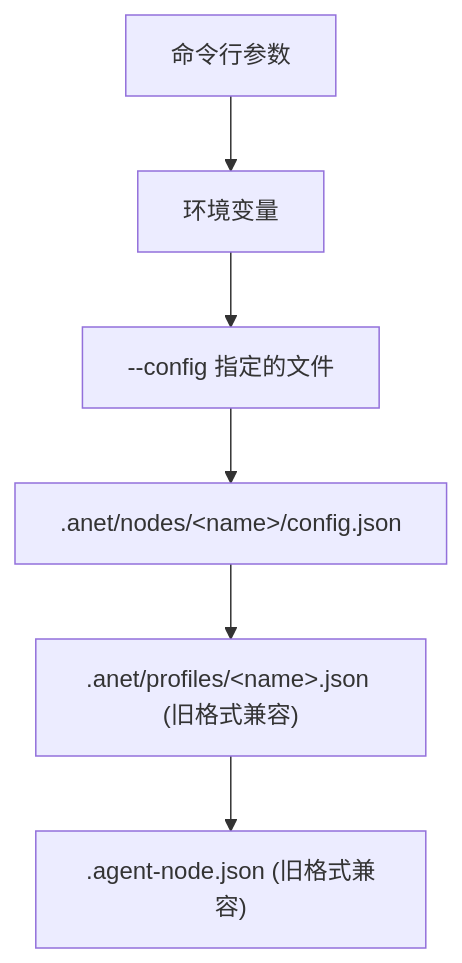
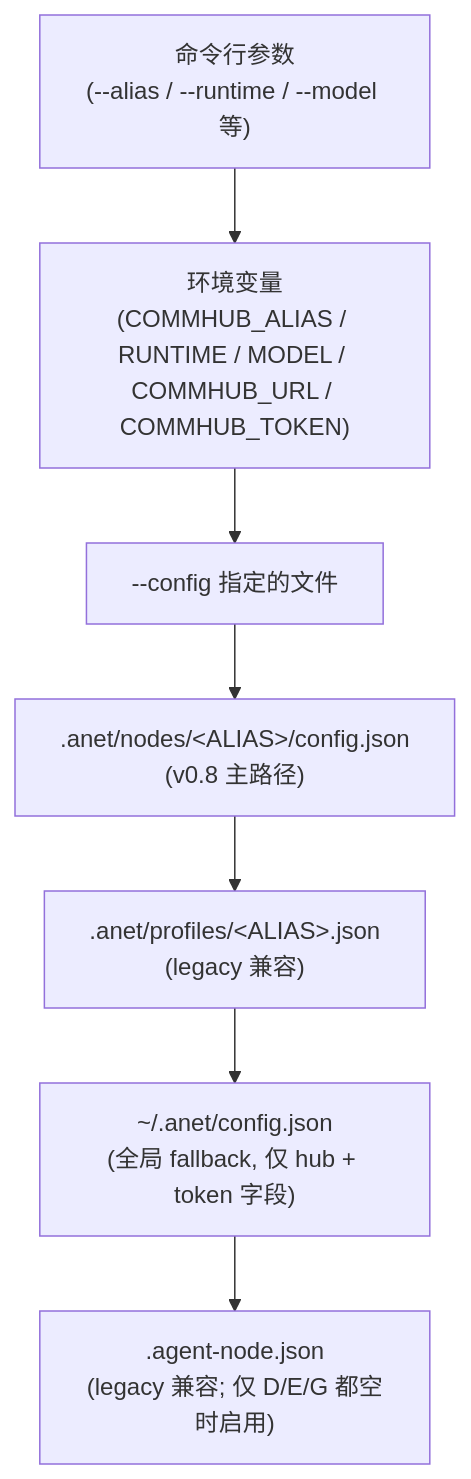
One commit to sleep2agi/agent-network changed the first of 2 diagrams in docs-site/docs/guide/agent-node.md. Above: the diagram before and after it, drawn with Mermaid. The commit also changed other lines of this file and 1 other file, not shown here.

````diff
--- a/docs-site/docs/guide/agent-node.md
+++ b/docs-site/docs/guide/agent-node.md
@@ -190,8 +190,9 @@
 ```mermaid
 flowchart TD
-    A["命令行参数"] --> B["环境变量"]
+    A["命令行参数<br/>(--alias / --runtime / --model 等)"] --> B["环境变量<br/>(COMMHUB_ALIAS / RUNTIME / MODEL / COMMHUB_URL / COMMHUB_TOKEN)"]
     B --> C["--config 指定的文件"]
-    C --> D[".anet/nodes/&lt;name&gt;/config.json"]
-    D --> E[".anet/profiles/&lt;name&gt;.json (旧格式兼容)"]
-    E --> F[".agent-node.json (旧格式兼容)"]
+    C --> D[".anet/nodes/&lt;ALIAS&gt;/config.json<br/>(v0.8 主路径)"]
+    D --> E[".anet/profiles/&lt;ALIAS&gt;.json<br/>(legacy 兼容)"]
+    E --> G["~/.anet/config.json<br/>(全局 fallback, 仅 hub + token 字段)"]
+    G --> F[".agent-node.json<br/>(legacy 兼容; 仅 D/E/G 都空时启用)"]
 ```
````
